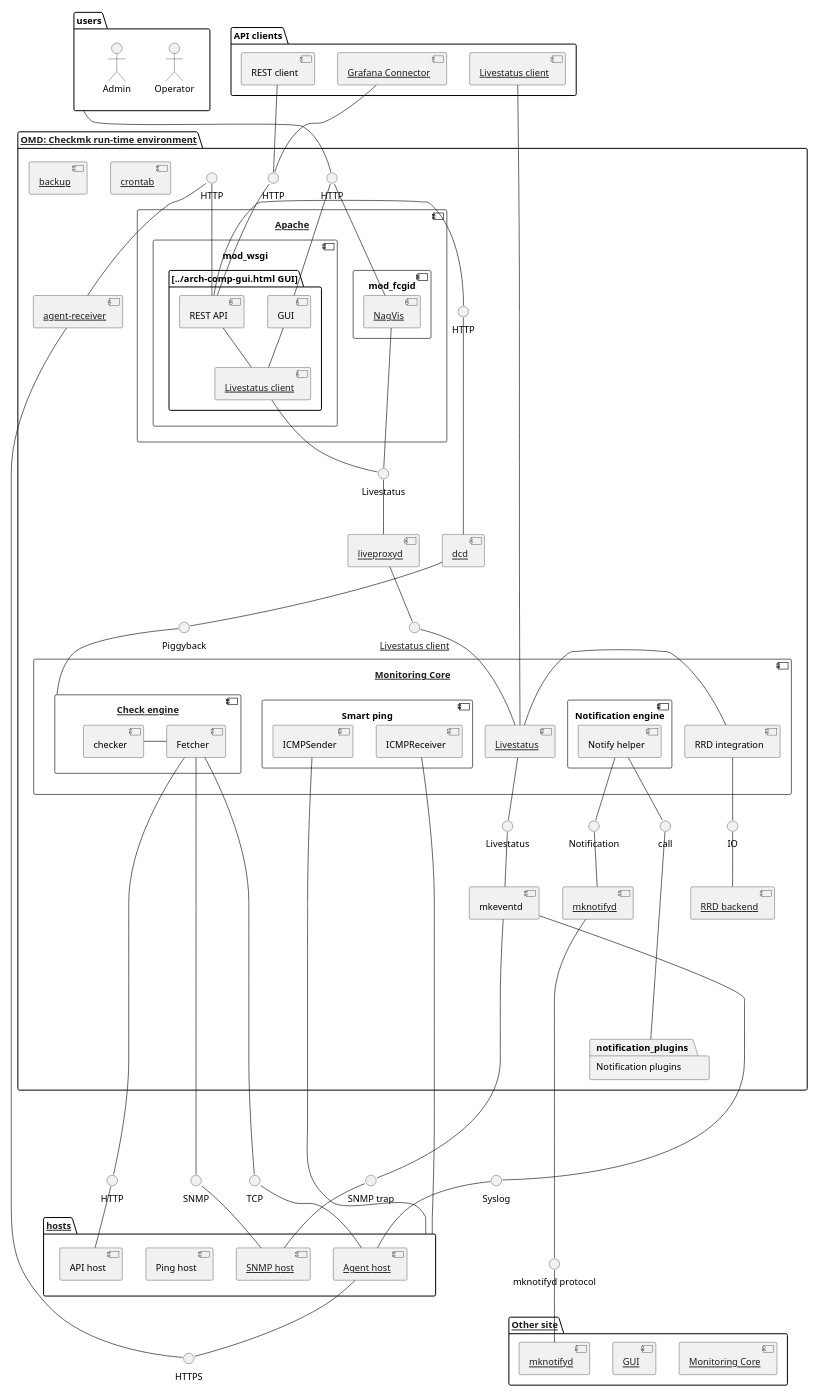
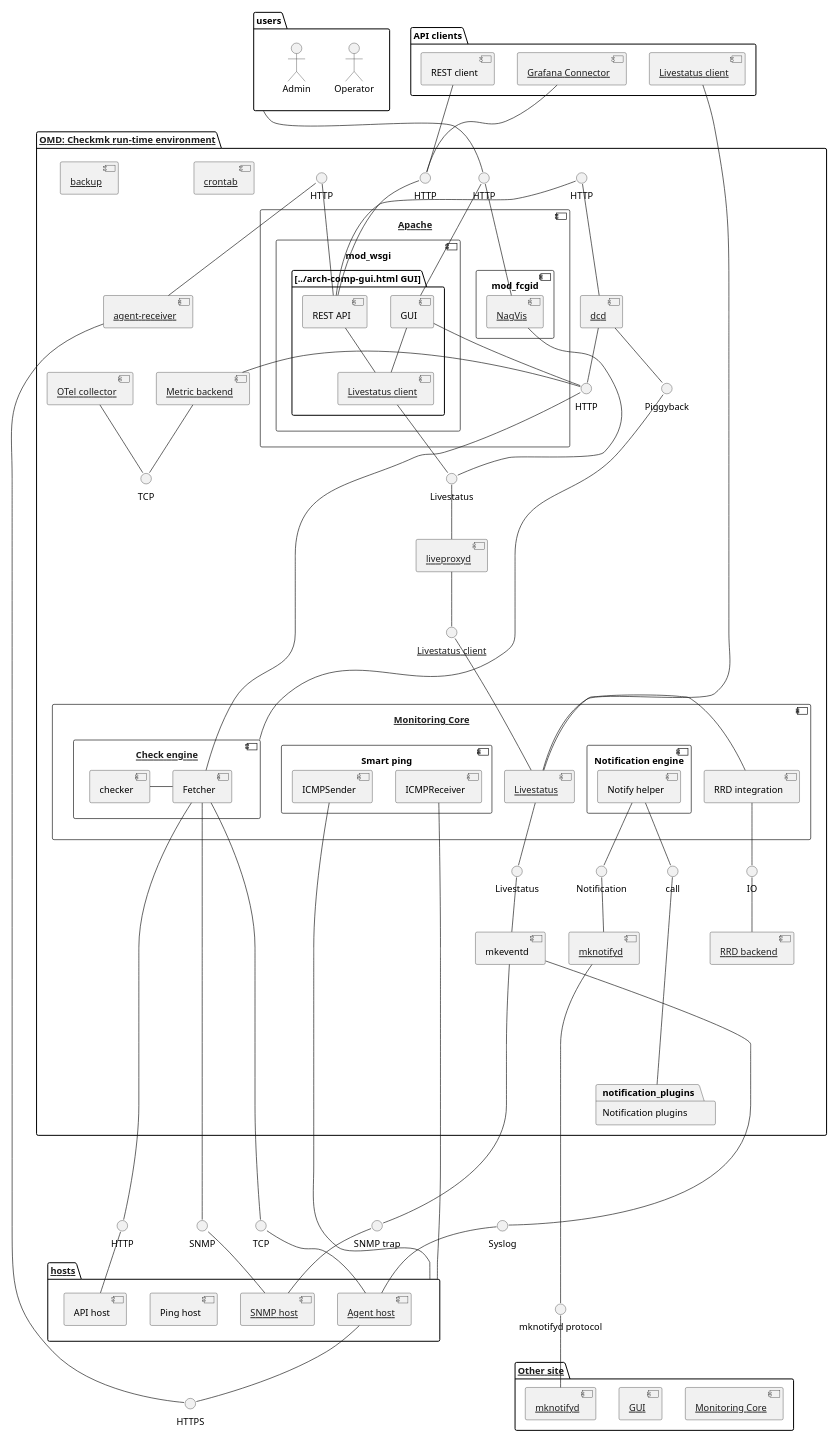
The diagram in doc/documentation/topology.puml (Checkmk/checkmk), drawn with PlantUML before and after one commit. The commit also changed 6 other files, not shown here.

First line of the commit message:
Document metric backend and associated monitoring functionality

```diff
--- a/doc/documentation/topology.puml
+++ b/doc/documentation/topology.puml
@@ -1,159 +1,172 @@
 @startuml
 skinparam componentStyle uml2
 skinparam monochrome true
 ' Remove shadows
 skinparam shadowing false
 scale 0.6
 
 package users {
     actor "Operator" as operator
     actor "Admin" as admin
 }
 
 package "API clients" as api_clients {
     component "[[../arch-comp-grafana-connector.html Grafana Connector]]" as grafana_connector
     component "REST client" as rest_api_client
     component "[[../arch-comp-livestatus-client.html Livestatus client]]" as external_livestatus_client
 }
 
 package "[[../arch-comp-omd.html OMD: Checkmk run-time environment]]" as omd {
     interface HTTP as http_gui
     interface HTTP as http_rest_api
     interface HTTP as http_agent_receiver_rest_api
 
     component "[[../arch-comp-apache.html Apache]]" as apache {
         component "mod_wsgi" as mod_wsgi {
             package "[[../arch-comp-gui.html GUI]]" {
                 component GUI
                 component "REST API" as rest_api
                 component "[[../arch-comp-livestatus-client.html Livestatus client]]" as apache_livestatus_client
             }
         }
         component mod_fcgid {
             component "[[../arch-comp-nagvis.html NagVis]]" as nagvis
         }
     }
     interface Livestatus as apache_livestatus
 
     component "[[../arch-comp-agent-receiver.html agent-receiver]]" as agent_receiver
 
     component "[[../arch-comp-core.html Monitoring Core]]" as cmc {
         component "RRD integration" as rrd_integration
         component "[[../arch-comp-livestatus.html Livestatus]]" as cmc_livestatus_server
         component "[[../arch-comp-checkengine.html Check engine]]" as check_engine {
             component checker
             component Fetcher
         }
         component "Smart ping" as smart_ping {
             component ICMPReceiver
             component ICMPSender
         }
         component "Notification engine" as cmc_notify {
             component "Notify helper" as notify_helper
         }
     }
     interface "call" as call_notification_plugins
 
     component "[[../arch-comp-crontab.html crontab]]" as crontab
     component "[[../arch-comp-backup.html backup]]" as backup
 
     component "[[../arch-comp-liveproxyd.html liveproxyd]]" as liveproxyd
     interface "[[../arch-comp-livestatus-client.html Livestatus client]]" as liveproxyd_livestatus_client
 
     component "[[../arch-comp-dcd.html dcd]]" as dcd
     interface "HTTP" as dcd_web_api_client
     interface Piggyback as dcd_piggyback
 
     component mkeventd
     interface Livestatus as mkeventd_livestatus
 
     component "[[../arch-comp-mknotifyd.html mknotifyd]]" as mknotifyd
     interface Notification as mknotifyd_notification
 
     component "[[../arch-comp-rrd-backend.html RRD backend]]" as rrd_backend
     interface "IO" as rrd_io
 
     package "Notification plugins" as notification_plugins
+
+    component "[[../arch-comp-metric-backend.html Metric backend]]" as metric_backend
+    interface "HTTP" as http_metric_backend
+    interface "TCP" as tcp_metric_backend
+
+    component "[[../arch-comp-otel-collector.html OTel collector]]" as otel_collector
 }
 
 package "[[../arch-comp-distributed.html Other site]]" as other_site {
     component "[[../arch-comp-core.html Monitoring Core]]" as cmc_other_site
     component "[[../arch-comp-gui.html GUI]]" as gui_other_site
     component "[[../arch-comp-mknotifyd.html mknotifyd]]" as mknotifyd_other_site
 }
 interface "mknotifyd protocol" as mknotifyd_protocol
 
 package "[[../arch-comp-hosts.html hosts]]" as hosts {
     component "[[../arch-comp-hosts.html Agent host]]" as agent_based_host
     component "[[../arch-comp-hosts.html SNMP host]]" as snmp_host
     component "Ping host"
     component "API host" as api_hosts
 }
 
 interface TCP
 interface Syslog
 interface SNMP
 interface "SNMP trap" as trap
 interface HTTP as api_hosts_http
 interface HTTPS as https_agent_receiver
 
 users -- http_gui
 rest_api_client -- http_rest_api
 grafana_connector -- http_rest_api
 
 http_gui -- GUI
 http_gui -- nagvis
 http_rest_api -- rest_api
 
 http_agent_receiver_rest_api -- rest_api
 http_agent_receiver_rest_api -- agent_receiver
 agent_receiver -- https_agent_receiver
 
 GUI -- apache_livestatus_client
+GUI -- http_metric_backend
 rest_api -- apache_livestatus_client
 apache_livestatus_client -- apache_livestatus
 nagvis -- apache_livestatus
 apache_livestatus -- liveproxyd
 
 liveproxyd -- liveproxyd_livestatus_client
 liveproxyd_livestatus_client -- cmc_livestatus_server
 
 dcd_web_api_client -- dcd
 dcd -- dcd_piggyback
 dcd_web_api_client - rest_api
 dcd_piggyback -- check_engine
+dcd -- http_metric_backend
+
+metric_backend - http_metric_backend
+metric_backend -- tcp_metric_backend
+otel_collector -- tcp_metric_backend
 
 ' Help visualization
 notify_helper -[hidden]r-> rrd_integration
 rrd_integration - cmc_livestatus_server
 checker - Fetcher
 
 external_livestatus_client -- cmc_livestatus_server
 Fetcher ------ TCP
 Fetcher ------ SNMP
 Fetcher ------ api_hosts_http
+Fetcher ---up--- http_metric_backend
 TCP -- agent_based_host
 SNMP -- snmp_host
 api_hosts_http -- api_hosts
 ICMPSender ----- hosts
 ICMPReceiver ----- hosts
 
 rrd_integration -- rrd_io
 rrd_io -- rrd_backend
 
 notify_helper -- call_notification_plugins
 call_notification_plugins ----- notification_plugins
 notify_helper -- mknotifyd_notification
 mknotifyd_notification -- mknotifyd
 mknotifyd ------- mknotifyd_protocol
 mknotifyd_protocol -- mknotifyd_other_site
 
 cmc_livestatus_server -- mkeventd_livestatus
 mkeventd_livestatus -- mkeventd
 mkeventd --- Syslog
 Syslog -- agent_based_host
 agent_based_host -- https_agent_receiver
 mkeventd ------ trap
 trap -- snmp_host
 
 @enduml
```
